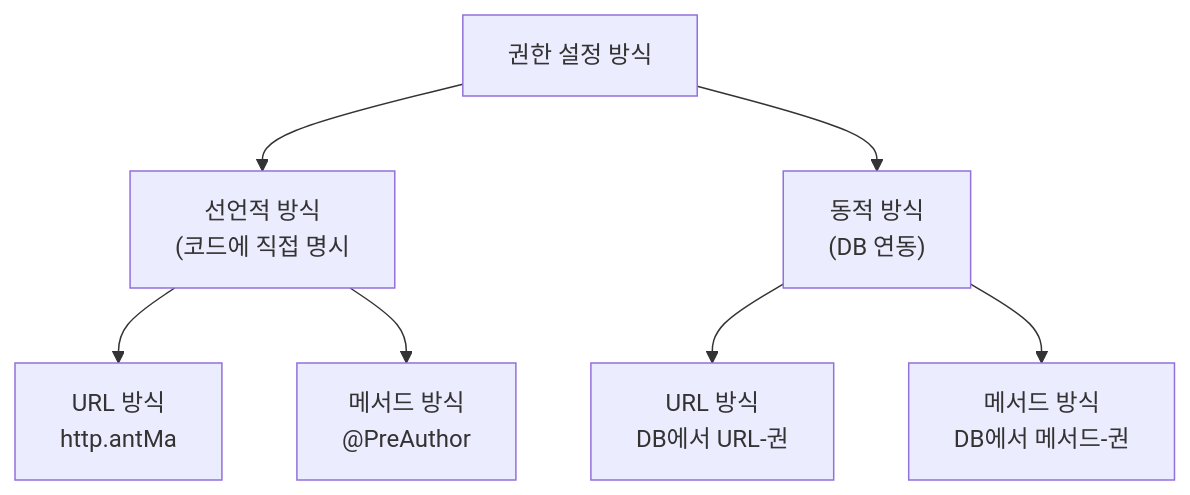
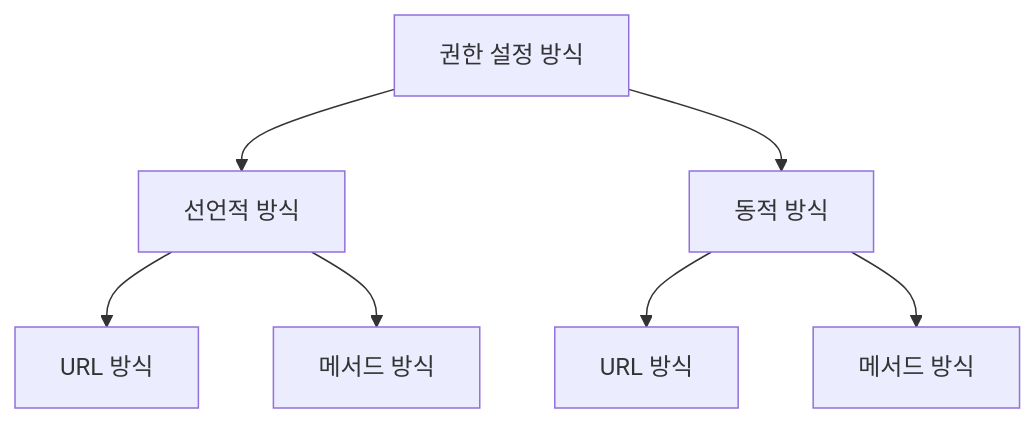
The first of 2 diagrams in _posts/security/2021-02-24-권한 설정 및 표현식.md (yjkim2015/yjkim2015.github.io), drawn with Mermaid before and after one commit. The commit also changed 217 other files, not shown here.

First line of the commit message:
Mermaid 크기 수정: useMaxWidth:true + SVG max-width:100% + 라벨 축소

````diff
--- a/_posts/security/2021-02-24-권한 설정 및 표현식.md
+++ b/_posts/security/2021-02-24-권한 설정 및 표현식.md
@@ -20,9 +20,9 @@
 ```mermaid
 flowchart TD
-    A["권한 설정 방식"] --> B["선언적 방식\n(코드에 직접 명시"]
-    A --> C["동적 방식\n(DB 연동)"]
-    B --> D["URL 방식\nhttp.antMa"]
-    B --> E["메서드 방식\n@PreAuthor"]
-    C --> F["URL 방식\nDB에서 URL-권"]
-    C --> G["메서드 방식\nDB에서 메서드-권"]
+    A["권한 설정 방식"] --> B["선언적 방식"]
+    A --> C["동적 방식"]
+    B --> D["URL 방식"]
+    B --> E["메서드 방식"]
+    C --> F["URL 방식"]
+    C --> G["메서드 방식"]
 ```
````
